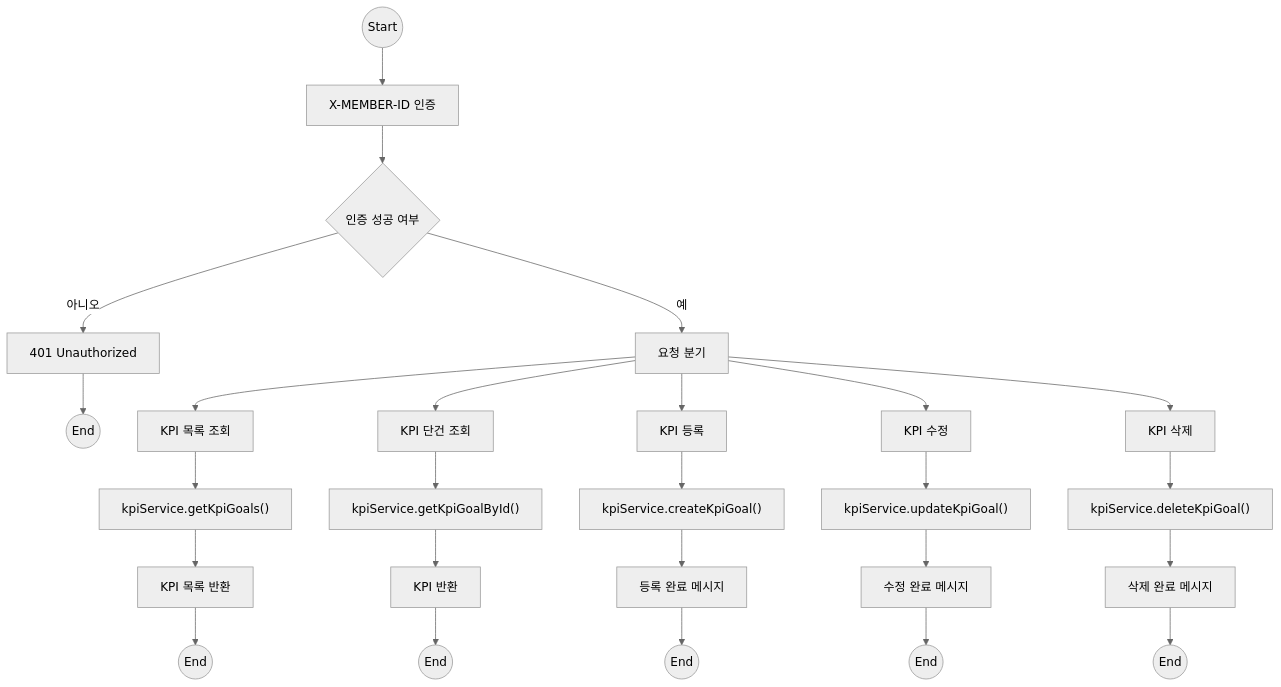
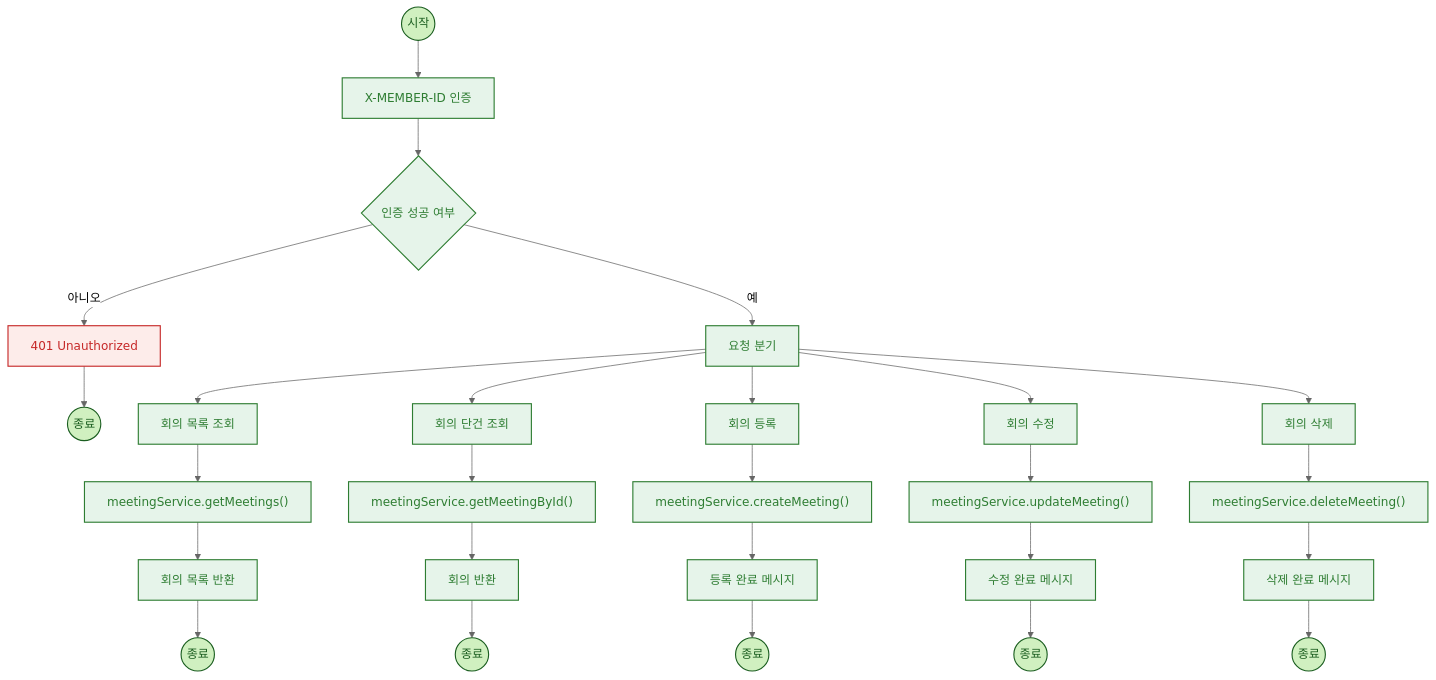
One commit to NextSpringMysqlMSA/tcfd-service changed the second of 7 diagrams in README.md. Above: the diagram before and after it, drawn with Mermaid (neutral theme). The commit also changed other lines of this file, not shown here.

````diff
--- a/README.md
+++ b/README.md
@@ -54,40 +53,54 @@
 ```mermaid
 flowchart TD
+    %% 스타일 정의 
+    classDef process fill:#e6f4ea,stroke:#2e7d32,stroke-width:1.5px,color:#2e7d32
+    classDef decision fill:#e6f4ea,stroke:#2e7d32,stroke-width:1.5px,color:#2e7d32
+    classDef endpoint fill:#d0f0c0,stroke:#1b5e20,stroke-width:1.5px,color:#1b5e20
+    classDef service fill:#e6f4ea,stroke:#2e7d32,stroke-width:1.5px,color:#2e7d32
+    classDef response fill:#e6f4ea,stroke:#2e7d32,stroke-width:1.5px,color:#2e7d32
+    classDef error fill:#fdecea,stroke:#c62828,stroke-width:1.5px,color:#c62828
 
-%% 공통 시작 및 인증 처리
-    Start((Start))
-    Start --> Auth["X-MEMBER-ID 인증"]
+    %% 공통 시작 및 인증 처리
+    Start((시작)) --> Auth["X-MEMBER-ID 인증"]
     Auth --> AuthCheck{"인증 성공 여부"}
-    AuthCheck -- "아니오" --> Error401["401 Unauthorized"] --> EndErr((End))
+    AuthCheck -- "아니오" --> Error401["401 Unauthorized"] --> EndErr((종료))
     AuthCheck -- "예" --> Router["요청 분기"]
 
-%% KPI 목록 조회
-    Router --> GetList["KPI 목록 조회"]
-    GetList --> SvcList["kpiService.getKpiGoals()"]
-    SvcList --> RespList["KPI 목록 반환"]
-    RespList --> End1((End))
+    %% 목록 조회
+    Router --> GetList["회의 목록 조회"]
+    GetList --> SvcList["meetingService.getMeetings()"]
+    SvcList --> RespList["회의 목록 반환"]
+    RespList --> End1((종료))
 
-%% KPI 단건 조회
-    Router --> GetOne["KPI 단건 조회"]
-    GetOne --> SvcOne["kpiService.getKpiGoalById()"]
-    SvcOne --> RespOne["KPI 반환"]
-    RespOne --> End2((End))
+    %% 단건 조회
+    Router --> GetOne["회의 단건 조회"]
+    GetOne --> SvcOne["meetingService.getMeetingById()"]
+    SvcOne --> RespOne["회의 반환"]
+    RespOne --> End2((종료))
 
-%% KPI 등록
-    Router --> Create["KPI 등록"]
-    Create --> SvcCreate["kpiService.createKpiGoal()"]
+    %% 등록
+    Router --> Create["회의 등록"]
+    Create --> SvcCreate["meetingService.createMeeting()"]
     SvcCreate --> RespCreate["등록 완료 메시지"]
-    RespCreate --> End3((End))
+    RespCreate --> End3((종료))
 
-%% KPI 수정
-    Router --> Update["KPI 수정"]
-    Update --> SvcUpdate["kpiService.updateKpiGoal()"]
+    %% 수정
+    Router --> Update["회의 수정"]
+    Update --> SvcUpdate["meetingService.updateMeeting()"]
     SvcUpdate --> RespUpdate["수정 완료 메시지"]
-    RespUpdate --> End4((End))
+    RespUpdate --> End4((종료))
 
-%% KPI 삭제
-    Router --> Delete["KPI 삭제"]
-    Delete --> SvcDelete["kpiService.deleteKpiGoal()"]
+    %% 삭제
+    Router --> Delete["회의 삭제"]
+    Delete --> SvcDelete["meetingService.deleteMeeting()"]
     SvcDelete --> RespDelete["삭제 완료 메시지"]
-    RespDelete --> End5((End))
+    RespDelete --> End5((종료))
+    
+    %% 스타일 적용
+    class Start,End1,End2,End3,End4,End5,EndErr endpoint
+    class Auth,GetList,GetOne,Create,Update,Delete,Router process
+    class AuthCheck decision
+    class SvcList,SvcOne,SvcCreate,SvcUpdate,SvcDelete service
+    class RespList,RespOne,RespCreate,RespUpdate,RespDelete response
+    class Error401 error
 ```
````
